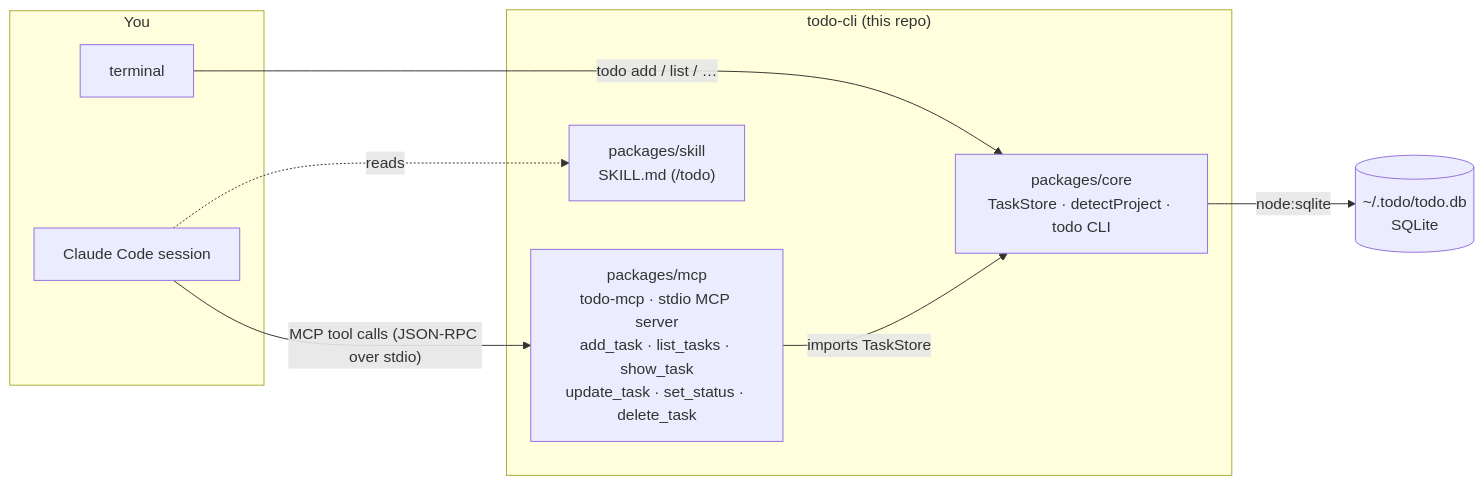
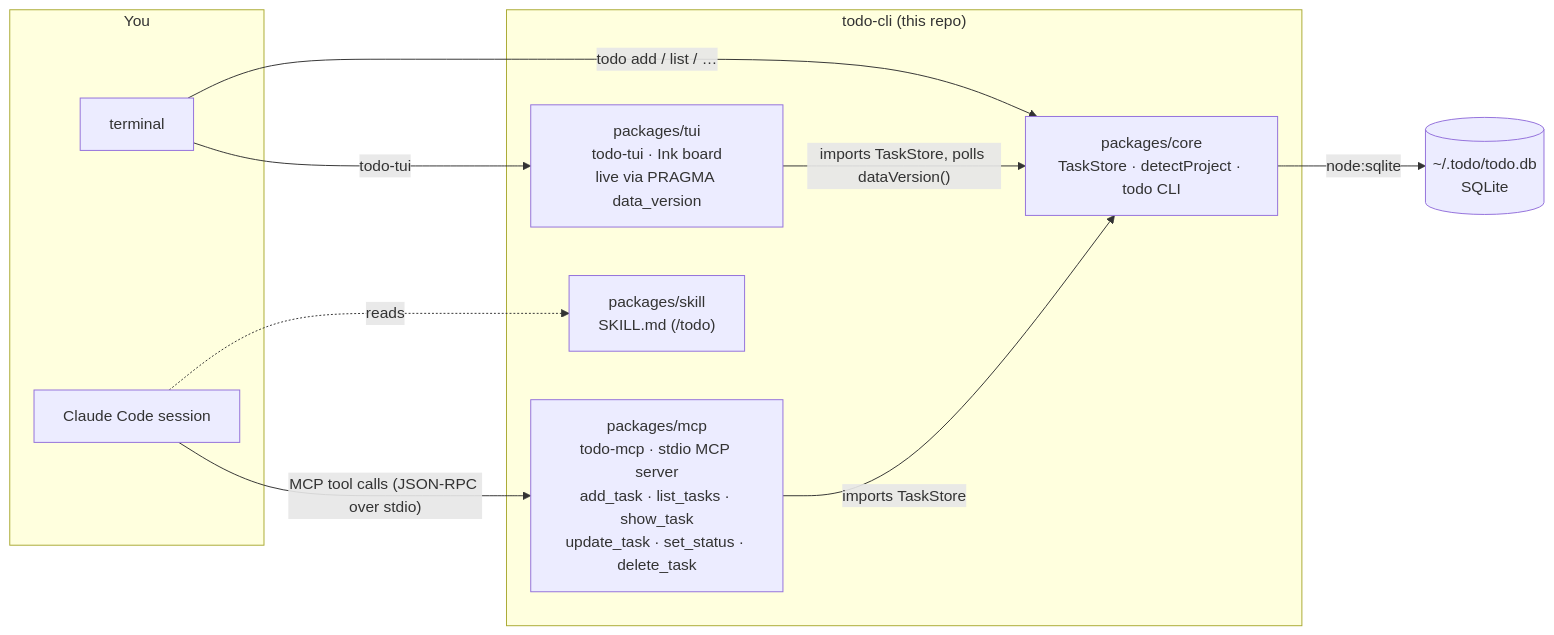
One commit to fhillipgcastillo/todo-cli changed the first of 2 diagrams in README.md. Above: the diagram before and after it, drawn with Mermaid. The commit also changed other lines of this file and 27 other files, not shown here.

First line of the commit message:
feat: add todo-tui live board with real-time updates

````diff
--- a/README.md
+++ b/README.md
@@ -12,21 +15,24 @@
 ```mermaid
 flowchart LR
     subgraph you["You"]
         T["terminal"]
         CC["Claude Code session"]
     end
 
     subgraph repo["todo-cli (this repo)"]
         SK["packages/skill<br/>SKILL.md (/todo)"]
         MCP["packages/mcp<br/>todo-mcp · stdio MCP server<br/>add_task · list_tasks · show_task<br/>update_task · set_status · delete_task"]
+        TUI["packages/tui<br/>todo-tui · Ink board<br/>live via PRAGMA data_version"]
         CORE["packages/core<br/>TaskStore · detectProject · todo CLI"]
     end
 
     DB[("~/.todo/todo.db<br/>SQLite")]
 
     T -- "todo add / list / …" --> CORE
+    T -- "todo-tui" --> TUI
+    TUI -- "imports TaskStore, polls dataVersion()" --> CORE
     CC -. "reads" .-> SK
     CC -- "MCP tool calls (JSON-RPC over stdio)" --> MCP
     MCP -- "imports TaskStore" --> CORE
     CORE -- "node:sqlite" --> DB
 ```
````
